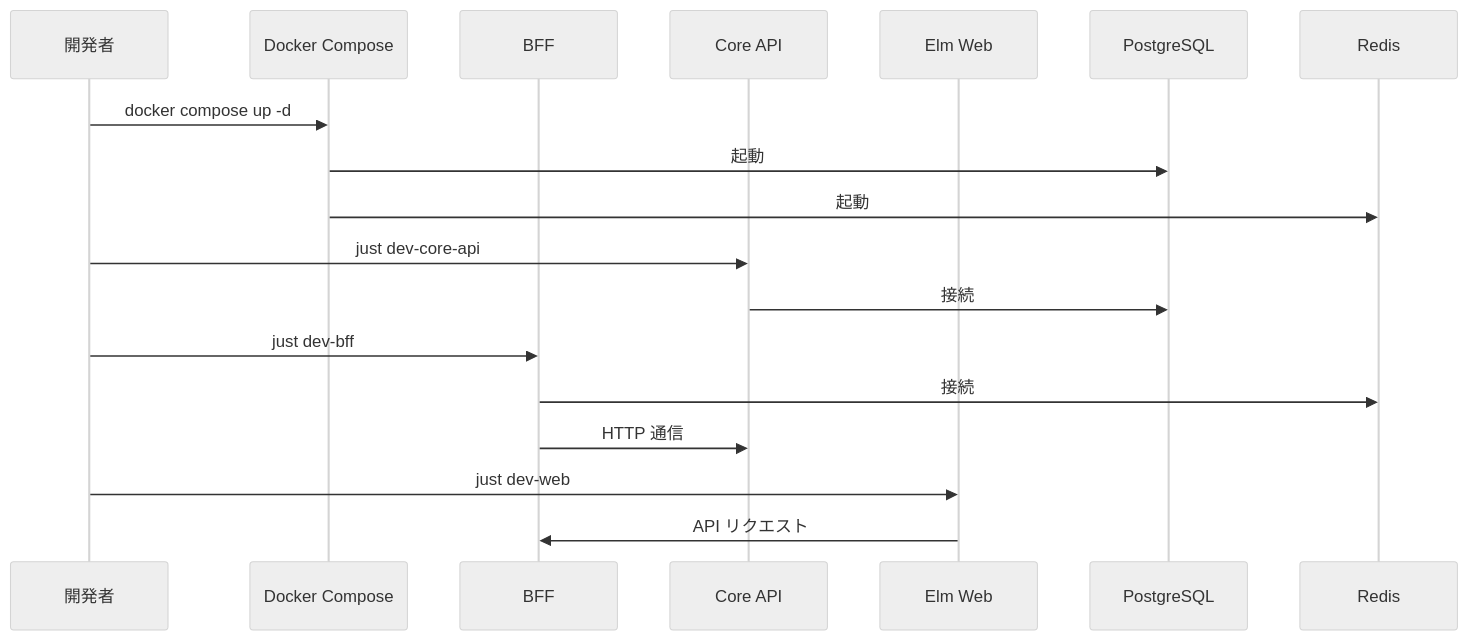
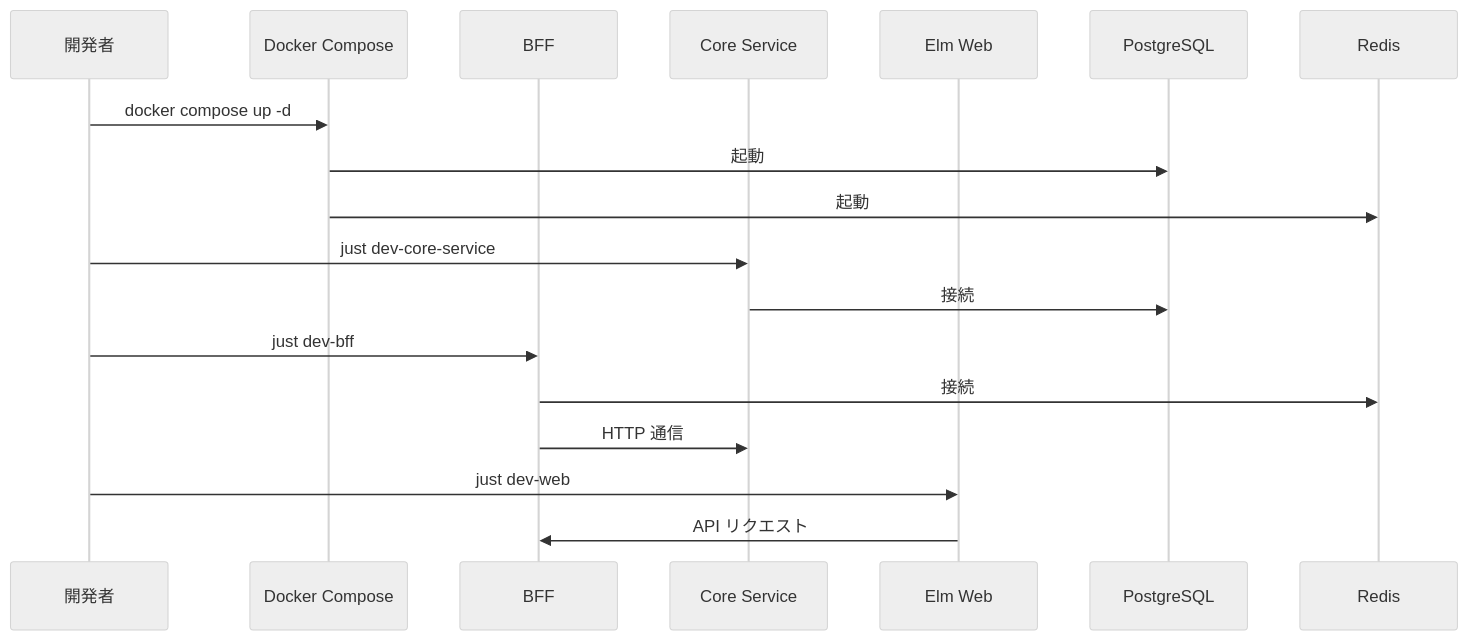
Before and after one commit to ka2kama/ringiflow: the third of 3 diagrams in docs/02_基本設計書/02_プロジェクト構造設計.md, drawn with Mermaid (neutral theme). The commit also changed other lines of this file and 55 other files, not shown here.

````diff
--- a/docs/02_基本設計書/02_プロジェクト構造設計.md
+++ b/docs/02_基本設計書/02_プロジェクト構造設計.md
@@ -573,24 +573,24 @@
 ```mermaid
 sequenceDiagram
     participant Dev as 開発者
     participant Docker as Docker Compose
     participant BFF as BFF
-    participant Core as Core API
+    participant Core as Core Service
     participant Web as Elm Web
     participant DB as PostgreSQL
     participant Cache as Redis
 
     Dev->>Docker: docker compose up -d
     Docker->>DB: 起動
     Docker->>Cache: 起動
 
-    Dev->>Core: just dev-core-api
+    Dev->>Core: just dev-core-service
     Core->>DB: 接続
 
     Dev->>BFF: just dev-bff
     BFF->>Cache: 接続
     BFF->>Core: HTTP 通信
 
     Dev->>Web: just dev-web
     Web->>BFF: API リクエスト
 ```
````
